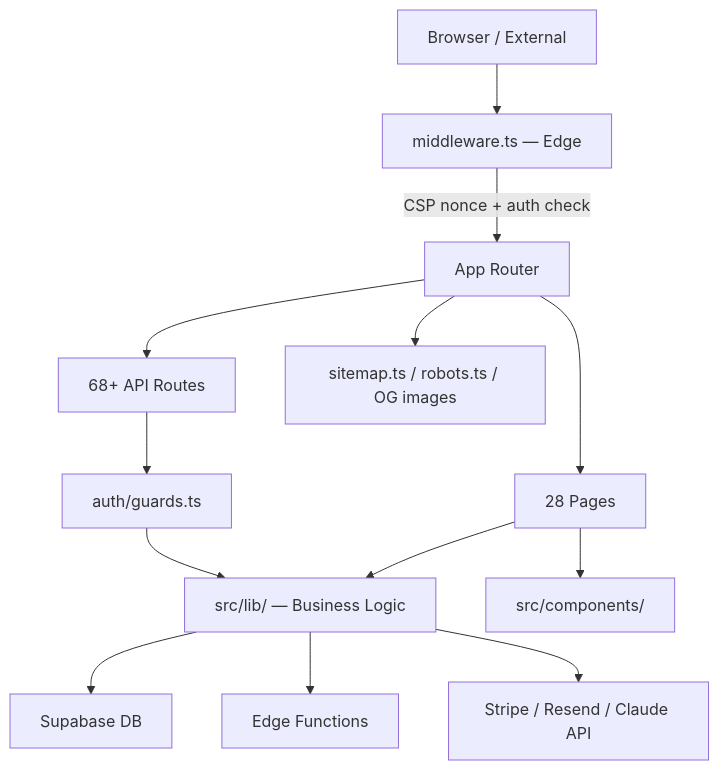
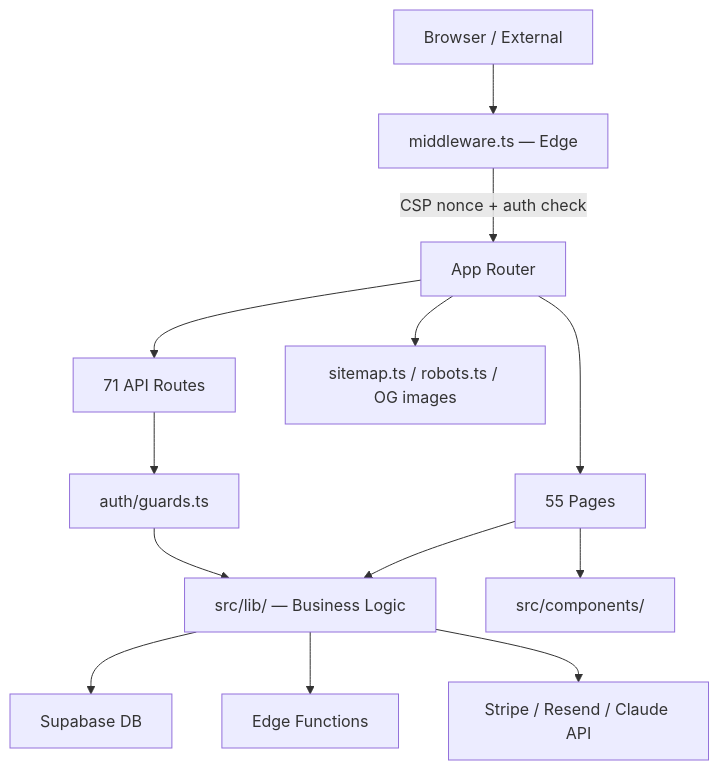
Before and after one commit to rahim0kapadia/ImNotAnAttorney-web: the diagram in src/app/CONTEXT.md, drawn with Mermaid. The commit also changed other lines of this file and 4 other files, not shown here.

````diff
--- a/src/app/CONTEXT.md
+++ b/src/app/CONTEXT.md
@@ -239,17 +282,17 @@
 ```mermaid
 graph TD
     Browser[Browser / External] --> MW[middleware.ts — Edge]
     MW -->|CSP nonce + auth check| Router[App Router]
-    Router --> Pages[28 Pages]
-    Router --> API[68+ API Routes]
+    Router --> Pages[55 Pages]
+    Router --> API[71 API Routes]
     Router --> Special[sitemap.ts / robots.ts / OG images]
     
     API --> Guards[auth/guards.ts]
     Guards --> Lib[src/lib/ — Business Logic]
     Lib --> Supa[Supabase DB]
     Lib --> Edge[Edge Functions]
     Lib --> Ext[Stripe / Resend / Claude API]
     
     Pages --> Components[src/components/]
     Pages --> Lib
 ```
````
